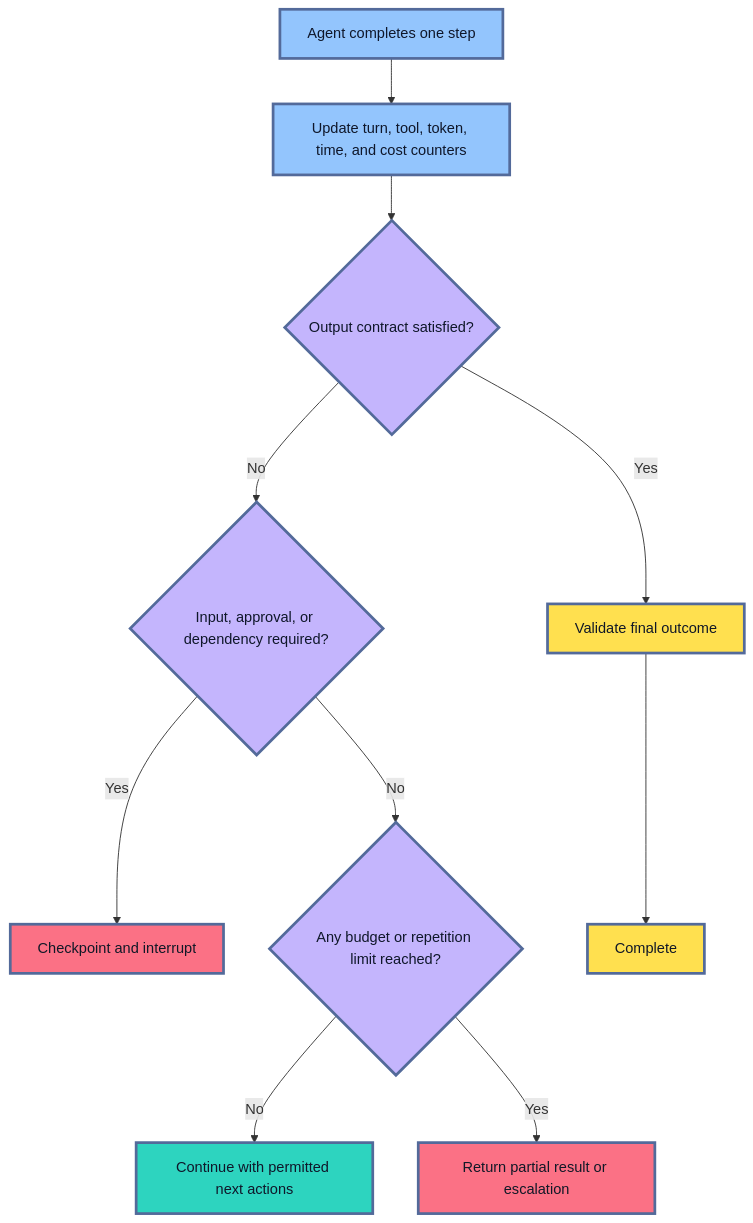
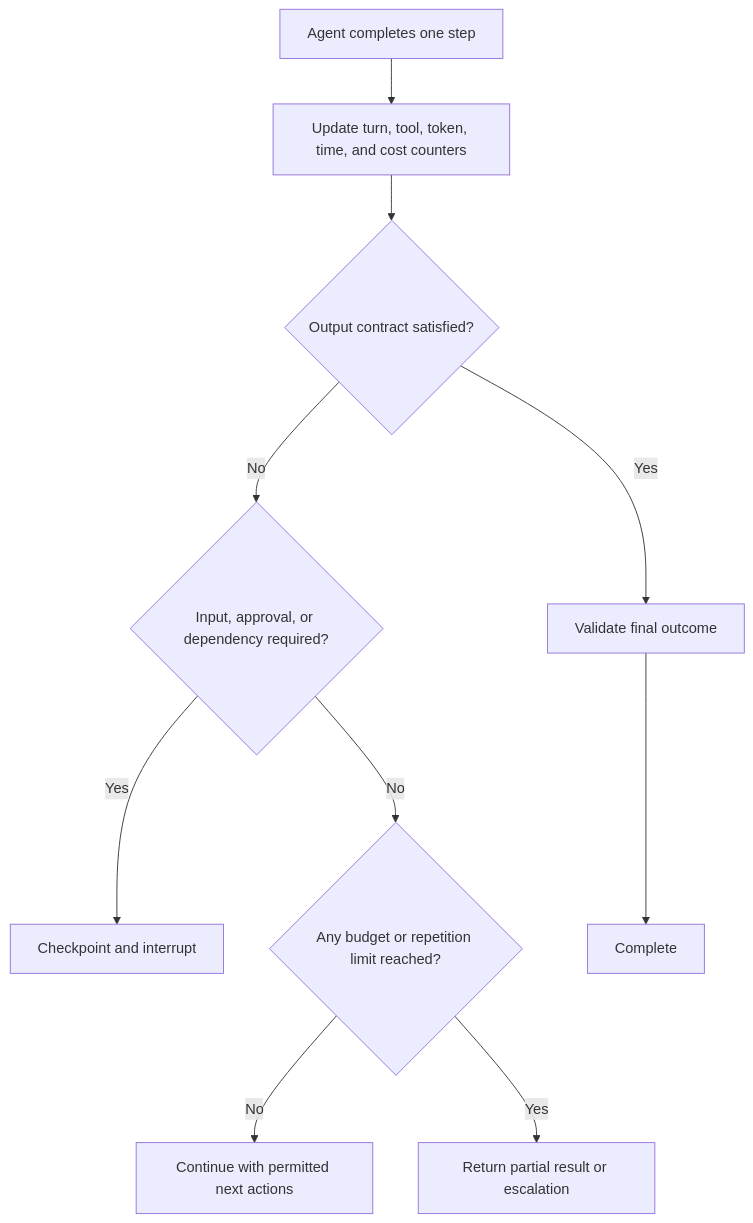
One commit to senlinyy/dev-roadmaps changed the ninth of 13 diagrams in roadmaps/mlops/modules/llmops/llm-app-foundations/03-workflows-and-agents.md. Above: the diagram before and after it, drawn with Mermaid. The commit also changed other lines of this file and 152 other files, not shown here.

Commit message:
feat: mlops and diagrams updated

````diff
--- a/roadmaps/mlops/modules/llmops/llm-app-foundations/03-workflows-and-agents.md
+++ b/roadmaps/mlops/modules/llmops/llm-app-foundations/03-workflows-and-agents.md
@@ -439,23 +419,18 @@
 ```mermaid
 flowchart TD
     A["Agent completes one step"] --> B["Update turn, tool, token, time, and cost counters"]
     B --> C{"Output contract satisfied?"}
     C -->|"Yes"| D["Validate final outcome"]
     C -->|"No"| E{"Input, approval, or dependency required?"}
     E -->|"Yes"| F["Checkpoint and interrupt"]
     E -->|"No"| G{"Any budget or repetition limit reached?"}
     G -->|"No"| H["Continue with permitted next actions"]
     G -->|"Yes"| I["Return partial result or escalation"]
     D --> J["Complete"]
 
-    classDef step fill:#93C5FD,stroke:#536A9A,stroke-width:3px,color:#0F172A
-    classDef gate fill:#C4B5FD,stroke:#536A9A,stroke-width:3px,color:#0F172A
-    classDef continue fill:#2DD4BF,stroke:#536A9A,stroke-width:3px,color:#0F172A
-    classDef control fill:#FFE04F,stroke:#536A9A,stroke-width:3px,color:#111827
-    classDef stop fill:#FB7185,stroke:#536A9A,stroke-width:3px,color:#111827
     class A,B step
     class C,E,G gate
     class H continue
     class D,J control
     class F,I stop
 ```
````
